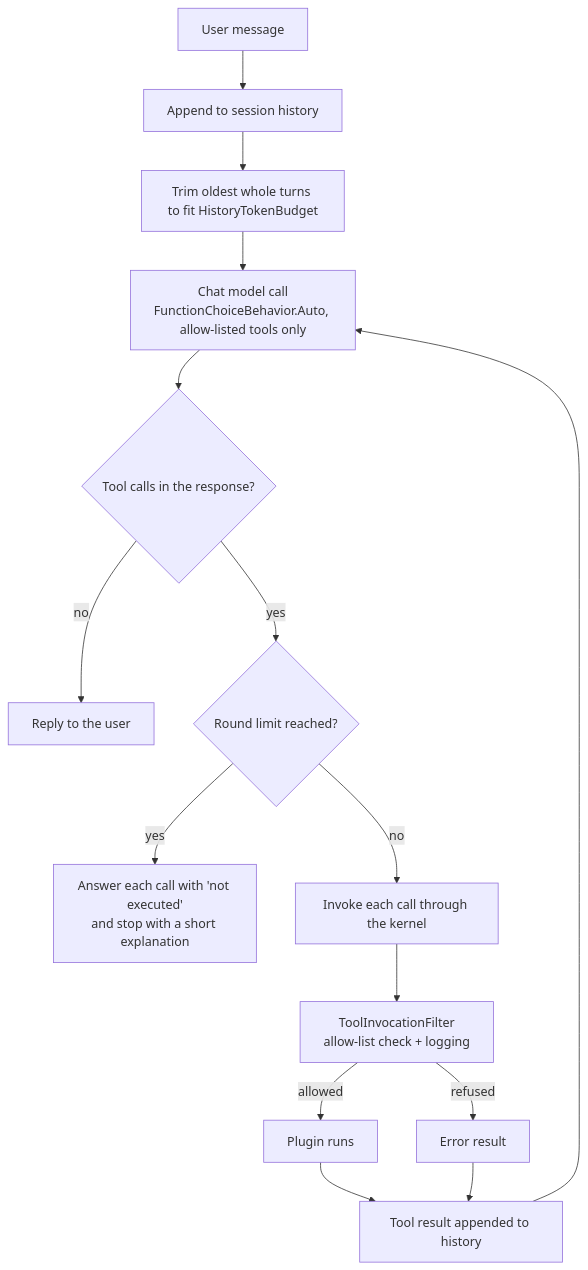
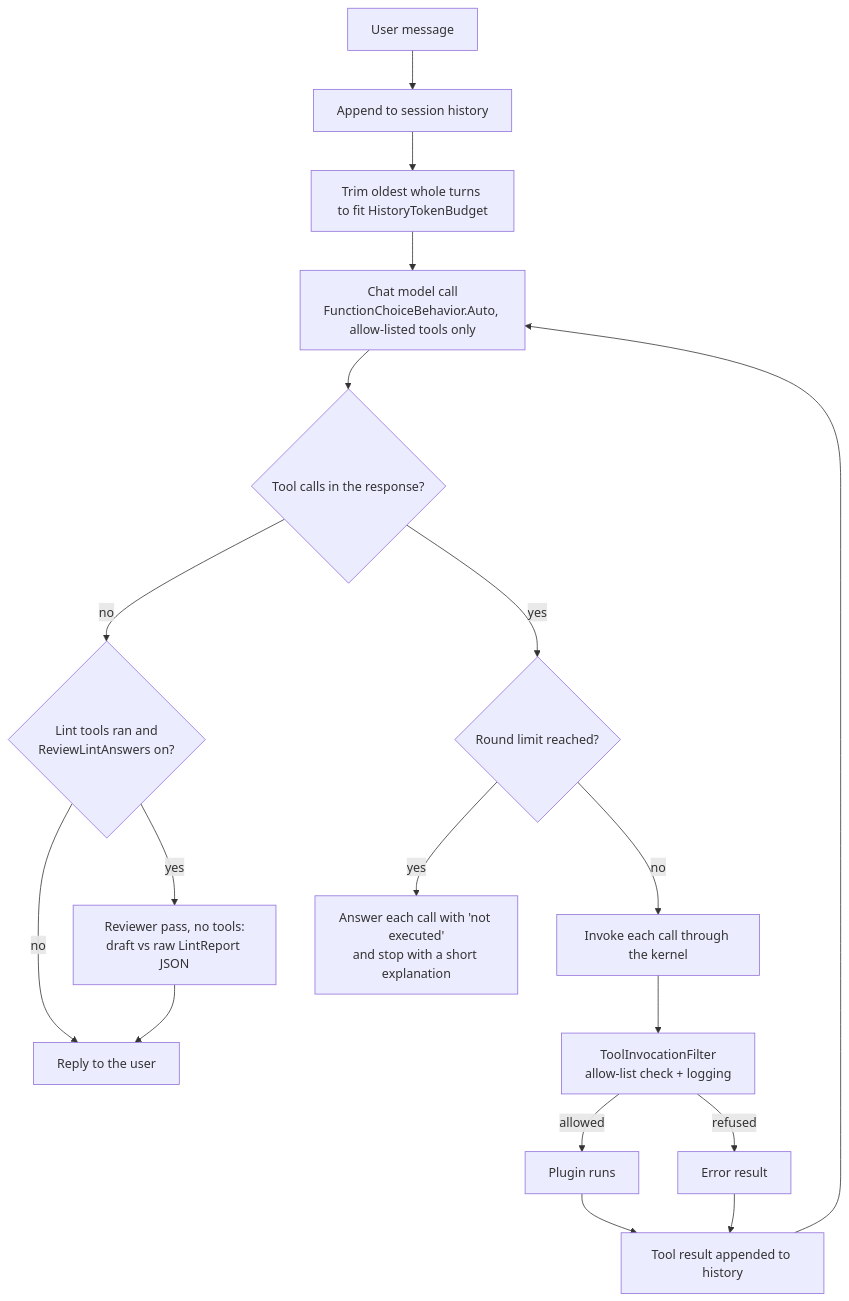
One commit to jay3490/semantic-kernel-agent changed the diagram in README.md. Above: the diagram before and after it, drawn with Mermaid. The commit also changed other lines of this file, not shown here.

First line of the commit message:
docs: document the new linters, runbook search, reviewer, API hardening and deployment

````diff
--- a/README.md
+++ b/README.md
@@ -30,17 +58,20 @@
 ```mermaid
 flowchart TD
     U[User message] --> S[Append to session history]
     S --> T[Trim oldest whole turns to fit HistoryTokenBudget]
     T --> M[Chat model call<br/>FunctionChoiceBehavior.Auto, allow-listed tools only]
     M --> Q{Tool calls in the response?}
-    Q -- no --> R[Reply to the user]
+    Q -- no --> V{Lint tools ran and<br/>ReviewLintAnswers on?}
+    V -- no --> R[Reply to the user]
+    V -- yes --> W[Reviewer pass, no tools:<br/>draft vs raw LintReport JSON]
+    W --> R
     Q -- yes --> L{Round limit reached?}
     L -- yes --> X[Answer each call with 'not executed'<br/>and stop with a short explanation]
     L -- no --> F[Invoke each call through the kernel]
     F --> G[ToolInvocationFilter<br/>allow-list check + logging]
     G -- allowed --> P[Plugin runs]
     G -- refused --> E[Error result]
     P --> H[Tool result appended to history]
     E --> H
     H --> M
 ```
````
